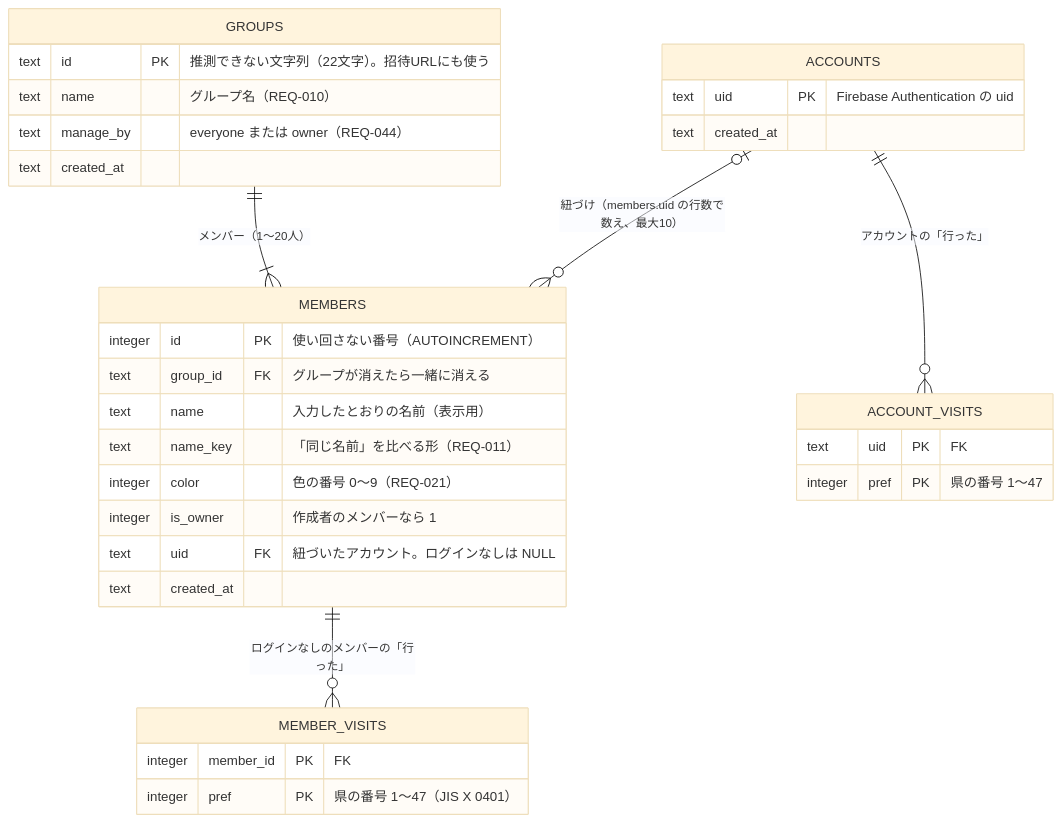
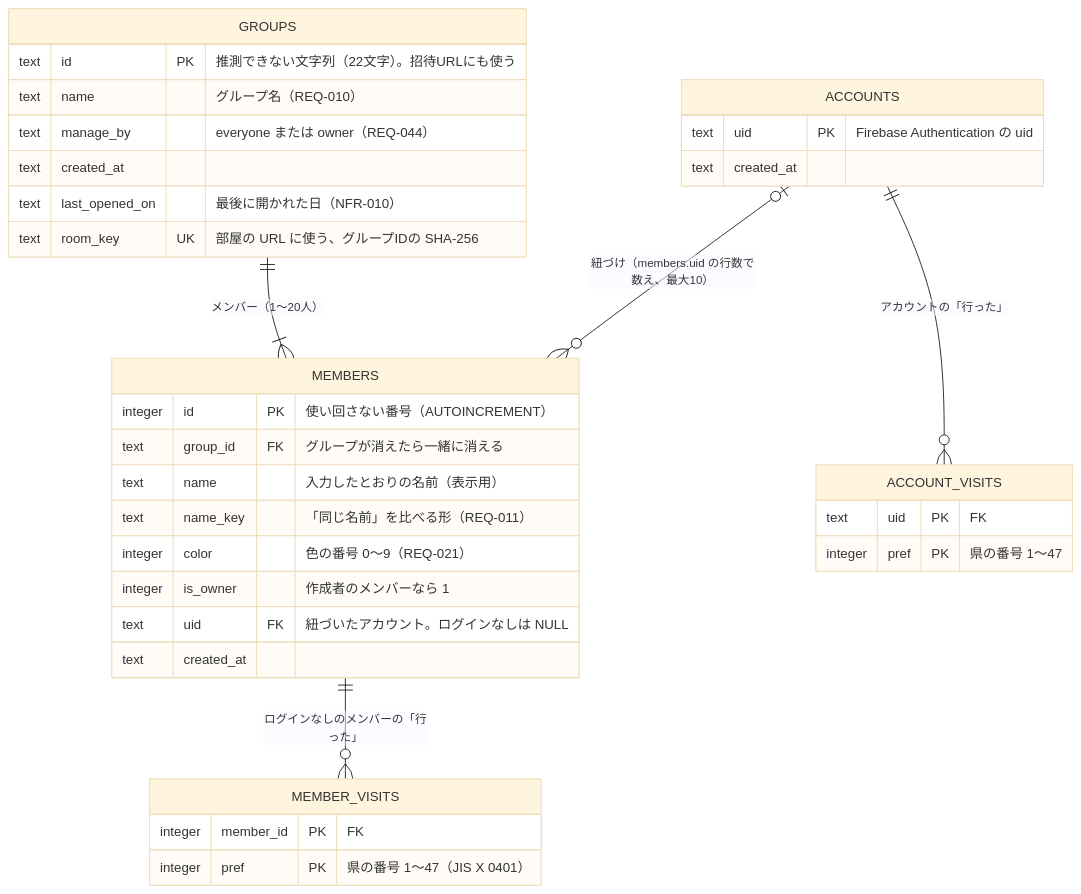
The diagram in docs/design/data-model.md (yuppy52/tabikaigi-map), drawn with Mermaid (base theme) before and after one commit. The commit also changed other lines of this file and 15 other files, not shown here.

````diff
--- a/docs/design/data-model.md
+++ b/docs/design/data-model.md
@@ -15,36 +15,38 @@
 ```mermaid
 erDiagram
   GROUPS ||--|{ MEMBERS : "メンバー（1〜20人）"
   MEMBERS ||--o{ MEMBER_VISITS : "ログインなしのメンバーの「行った」"
   ACCOUNTS |o--o{ MEMBERS : "紐づけ（members.uid の行数で数え、最大10）"
   ACCOUNTS ||--o{ ACCOUNT_VISITS : "アカウントの「行った」"
 
   GROUPS {
     text id PK "推測できない文字列（22文字）。招待URLにも使う"
     text name "グループ名（REQ-010）"
     text manage_by "everyone または owner（REQ-044）"
     text created_at
+    text last_opened_on "最後に開かれた日（NFR-010）"
+    text room_key UK "部屋の URL に使う、グループIDの SHA-256"
   }
   MEMBERS {
     integer id PK "使い回さない番号（AUTOINCREMENT）"
     text group_id FK "グループが消えたら一緒に消える"
     text name "入力したとおりの名前（表示用）"
     text name_key "「同じ名前」を比べる形（REQ-011）"
     integer color "色の番号 0〜9（REQ-021）"
     integer is_owner "作成者のメンバーなら 1"
     text uid FK "紐づいたアカウント。ログインなしは NULL"
     text created_at
   }
   MEMBER_VISITS {
     integer member_id PK "FK"
     integer pref PK "県の番号 1〜47（JIS X 0401）"
   }
   ACCOUNTS {
     text uid PK "Firebase Authentication の uid"
     text created_at
   }
   ACCOUNT_VISITS {
     text uid PK "FK"
     integer pref PK "県の番号 1〜47"
   }
 ```
````
